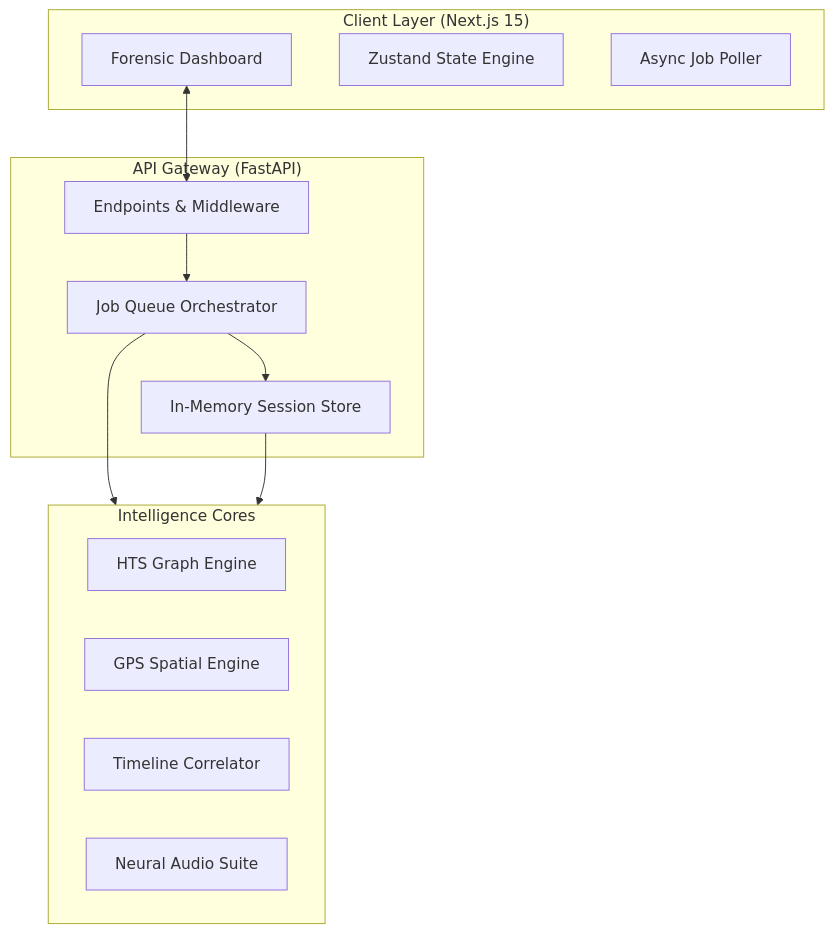
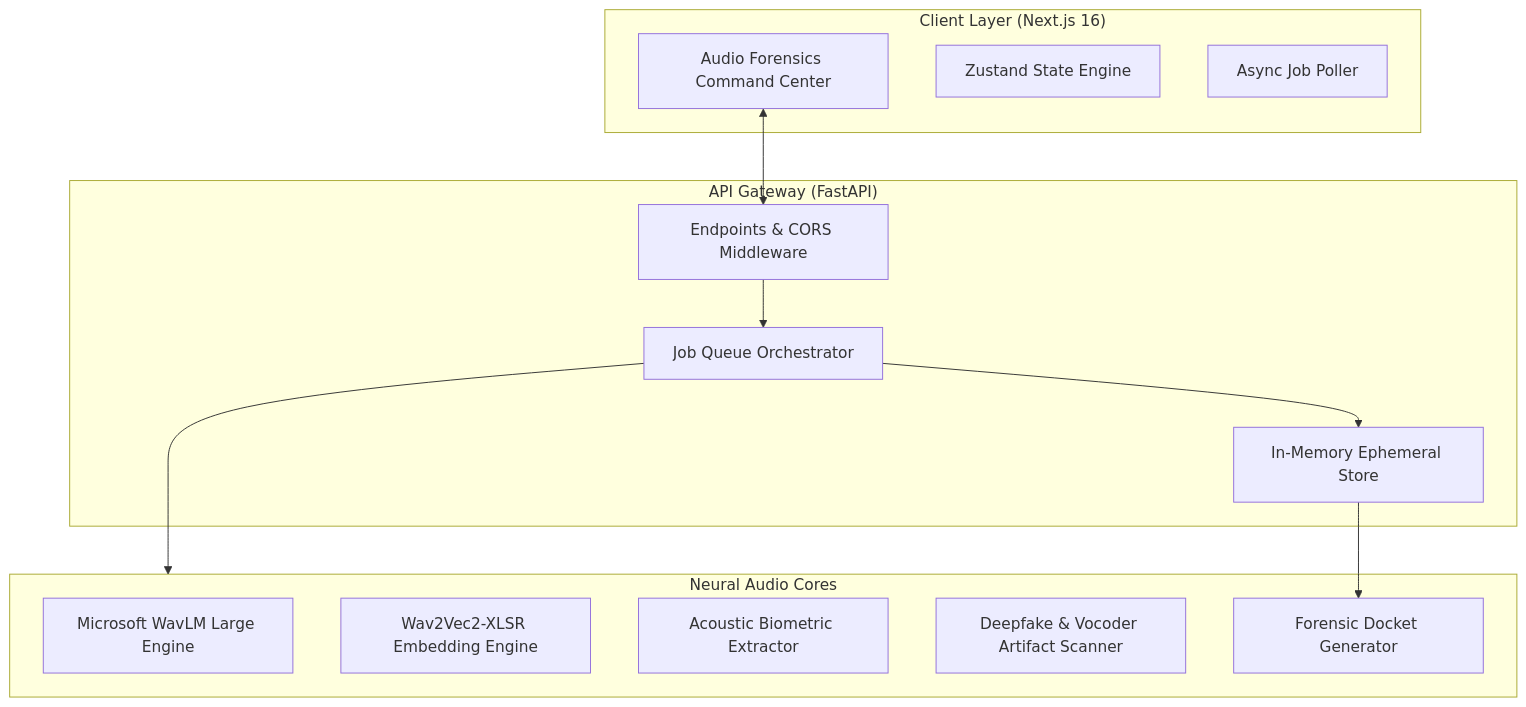
The diagram in README.md (yusufcalisir/Forenlytics), drawn with Mermaid before and after one commit. The commit also changed other lines of this file and 37 other files, not shown here.

Commit message:
refactor: transform Forenlytics into dedicated Audio Forensics platform

````diff
--- a/README.md
+++ b/README.md
@@ -55,27 +54,28 @@
 ```mermaid
 graph TD
-    subgraph Client ["Client Layer (Next.js 15)"]
-        UI[Forensic Dashboard]
+    subgraph Client ["Client Layer (Next.js 16)"]
+        UI[Audio Forensics Command Center]
         Store[Zustand State Engine]
         Poll[Async Job Poller]
     end
 
     subgraph API ["API Gateway (FastAPI)"]
-        Router[Endpoints & Middleware]
+        Router[Endpoints & CORS Middleware]
         Manager[Job Queue Orchestrator]
-        Session[In-Memory Session Store]
+        Session[In-Memory Ephemeral Store]
     end
 
-    subgraph Cores ["Intelligence Cores"]
-        HTS[HTS Graph Engine]
-        GPS[GPS Spatial Engine]
-        TLE[Timeline Correlator]
-        AUD[Neural Audio Suite]
+    subgraph Cores ["Neural Audio Cores"]
+        WLM[Microsoft WavLM Large Engine]
+        W2V[Wav2Vec2-XLSR Embedding Engine]
+        BIO[Acoustic Biometric Extractor]
+        DFK[Deepfake & Vocoder Artifact Scanner]
+        RPT[Forensic Docket Generator]
     end
 
     UI <--> Router
     Router --> Manager
     Manager --> Session
     Manager --> Cores
-    Session --> Cores
+    Session --> RPT
 ```
````
